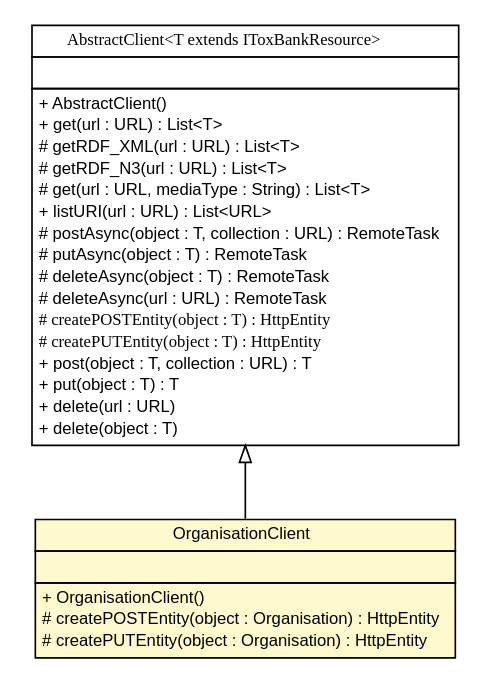
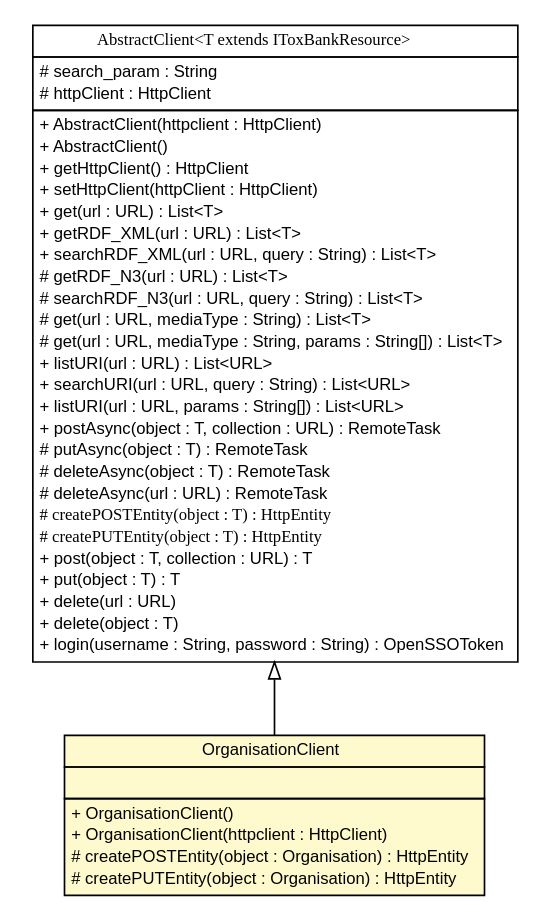
Before and after one commit to ToxBank/toxbank-api-client: the diagram in apidocs/net/toxbank/client/resource/OrganisationClient.dot, drawn with Graphviz. The commit also changed 112 other files, not shown here.

```diff
--- a/apidocs/net/toxbank/client/resource/OrganisationClient.dot
+++ b/apidocs/net/toxbank/client/resource/OrganisationClient.dot
@@ -1,53 +1,64 @@
 #!/usr/local/bin/dot
 #
 # Class diagram 
 # Generated by UmlGraph version 4.6 (http://www.spinellis.gr/sw/umlgraph)
 #
 
 digraph G {
 	edge [fontname="arial",fontsize=10,labelfontname="arial",labelfontsize=10];
 	node [fontname="arial",fontsize=10,shape=plaintext];
 	// net.toxbank.client.resource.OrganisationClient
-	c280 [label=<<table border="0" cellborder="1" cellspacing="0" cellpadding="2" port="p" bgcolor="lemonChiffon" href="./OrganisationClient.html">
+	c335 [label=<<table border="0" cellborder="1" cellspacing="0" cellpadding="2" port="p" bgcolor="lemonChiffon" href="./OrganisationClient.html">
 		<tr><td><table border="0" cellspacing="0" cellpadding="1">
 			<tr><td> OrganisationClient </td></tr>
 		</table></td></tr>
 		<tr><td><table border="0" cellspacing="0" cellpadding="1">
 			<tr><td align="left">  </td></tr>
 		</table></td></tr>
 		<tr><td><table border="0" cellspacing="0" cellpadding="1">
 			<tr><td align="left"> + OrganisationClient() </td></tr>
+			<tr><td align="left"> + OrganisationClient(httpclient : HttpClient) </td></tr>
 			<tr><td align="left"> # createPOSTEntity(object : Organisation) : HttpEntity </td></tr>
 			<tr><td align="left"> # createPUTEntity(object : Organisation) : HttpEntity </td></tr>
 		</table></td></tr>
 		</table>>, fontname="arial", fontcolor="black", fontsize=10.0];
 	// net.toxbank.client.resource.AbstractClient<T extends net.toxbank.client.resource.IToxBankResource>
-	c286 [label=<<table border="0" cellborder="1" cellspacing="0" cellpadding="2" port="p" href="./AbstractClient.html">
+	c341 [label=<<table border="0" cellborder="1" cellspacing="0" cellpadding="2" port="p" href="./AbstractClient.html">
 		<tr><td><table border="0" cellspacing="0" cellpadding="1">
 			<tr><td><font face="ariali"> AbstractClient&lt;T extends IToxBankResource&gt; </font></td></tr>
 		</table></td></tr>
 		<tr><td><table border="0" cellspacing="0" cellpadding="1">
-			<tr><td align="left">  </td></tr>
+			<tr><td align="left"> # search_param : String </td></tr>
+			<tr><td align="left"> # httpClient : HttpClient </td></tr>
 		</table></td></tr>
 		<tr><td><table border="0" cellspacing="0" cellpadding="1">
+			<tr><td align="left"> + AbstractClient(httpclient : HttpClient) </td></tr>
 			<tr><td align="left"> + AbstractClient() </td></tr>
+			<tr><td align="left"> + getHttpClient() : HttpClient </td></tr>
+			<tr><td align="left"> + setHttpClient(httpClient : HttpClient) </td></tr>
 			<tr><td align="left"> + get(url : URL) : List&lt;T&gt; </td></tr>
-			<tr><td align="left"> # getRDF_XML(url : URL) : List&lt;T&gt; </td></tr>
+			<tr><td align="left"> + getRDF_XML(url : URL) : List&lt;T&gt; </td></tr>
+			<tr><td align="left"> + searchRDF_XML(url : URL, query : String) : List&lt;T&gt; </td></tr>
 			<tr><td align="left"> # getRDF_N3(url : URL) : List&lt;T&gt; </td></tr>
+			<tr><td align="left"> # searchRDF_N3(url : URL, query : String) : List&lt;T&gt; </td></tr>
 			<tr><td align="left"> # get(url : URL, mediaType : String) : List&lt;T&gt; </td></tr>
+			<tr><td align="left"> # get(url : URL, mediaType : String, params : String[]) : List&lt;T&gt; </td></tr>
 			<tr><td align="left"> + listURI(url : URL) : List&lt;URL&gt; </td></tr>
-			<tr><td align="left"> # postAsync(object : T, collection : URL) : RemoteTask </td></tr>
+			<tr><td align="left"> + searchURI(url : URL, query : String) : List&lt;URL&gt; </td></tr>
+			<tr><td align="left"> + listURI(url : URL, params : String[]) : List&lt;URL&gt; </td></tr>
+			<tr><td align="left"> + postAsync(object : T, collection : URL) : RemoteTask </td></tr>
 			<tr><td align="left"> # putAsync(object : T) : RemoteTask </td></tr>
 			<tr><td align="left"> # deleteAsync(object : T) : RemoteTask </td></tr>
 			<tr><td align="left"> # deleteAsync(url : URL) : RemoteTask </td></tr>
 			<tr><td align="left"><font face="ariali" point-size="10.0"> # createPOSTEntity(object : T) : HttpEntity </font></td></tr>
 			<tr><td align="left"><font face="ariali" point-size="10.0"> # createPUTEntity(object : T) : HttpEntity </font></td></tr>
 			<tr><td align="left"> + post(object : T, collection : URL) : T </td></tr>
 			<tr><td align="left"> + put(object : T) : T </td></tr>
 			<tr><td align="left"> + delete(url : URL) </td></tr>
 			<tr><td align="left"> + delete(object : T) </td></tr>
+			<tr><td align="left"> + login(username : String, password : String) : OpenSSOToken </td></tr>
 		</table></td></tr>
 		</table>>, fontname="arial", fontcolor="black", fontsize=10.0];
 	//net.toxbank.client.resource.OrganisationClient extends net.toxbank.client.resource.AbstractClient<net.toxbank.client.resource.Organisation>
-	c286:p -> c280:p [dir=back,arrowtail=empty];
+	c341:p -> c335:p [dir=back,arrowtail=empty];
 }
```
